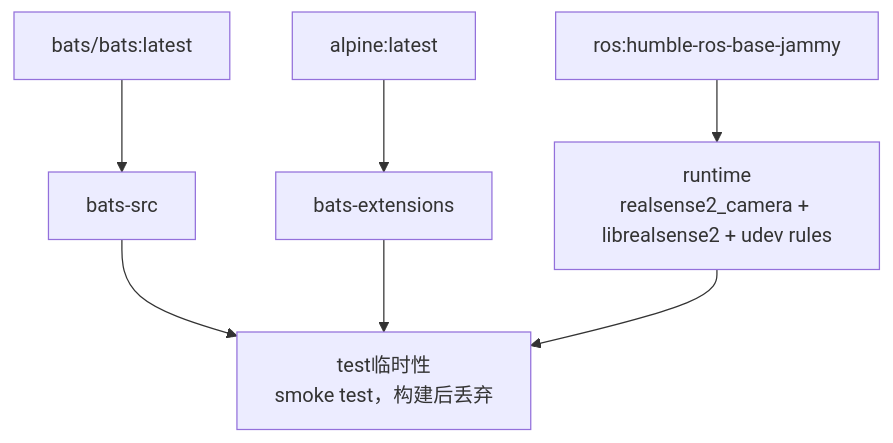
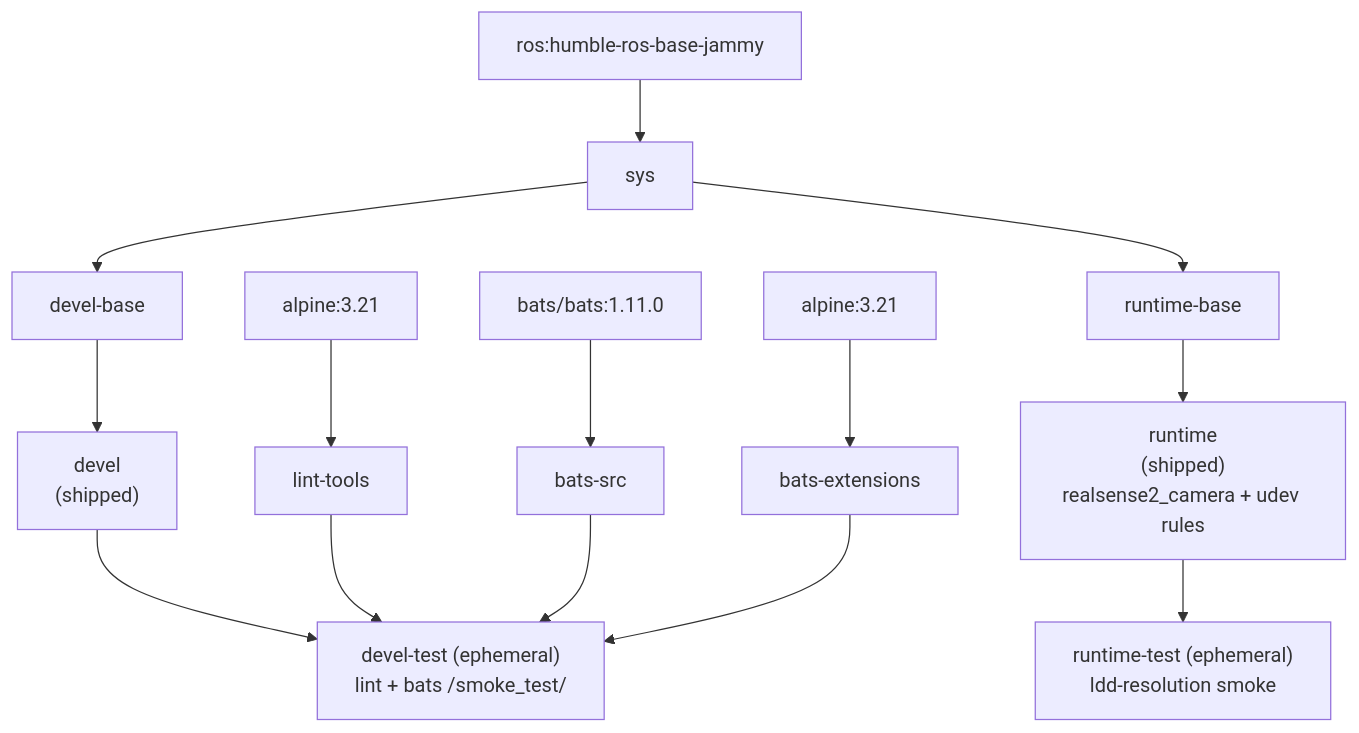
One commit to ycpss91255-docker/realsense_ros2 changed the diagram in doc/README.zh-CN.md. Above: the diagram before and after it, drawn with Mermaid. The commit also changed other lines of this file and 5 other files, not shown here.

````diff
--- a/doc/README.zh-CN.md
+++ b/doc/README.zh-CN.md
@@ -90,16 +107,25 @@
 ```mermaid
 graph TD
-    EXT1["bats/bats:latest"]
-    EXT2["alpine:latest"]
-    EXT3["ros:humble-ros-base-jammy"]
+    EXT1["bats/bats:1.11.0"]
+    EXT2["alpine:3.21"]
+    EXT3["alpine:3.21"]
+    EXT4["ros:humble-ros-base-jammy"]
 
-    EXT1 --> bats-src["bats-src"]
-    EXT2 --> bats-ext["bats-extensions"]
+    EXT1 --> batssrc["bats-src"]
+    EXT2 --> batsext["bats-extensions"]
+    EXT3 --> lint["lint-tools"]
 
-    EXT3 --> runtime["runtime\nrealsense2_camera + librealsense2 + udev rules"]
+    EXT4 --> sys["sys"]
 
-    bats-src --> test["test临时性\nsmoke test，构建后丢弃"]
-    bats-ext --> test
-    runtime --> test
+    sys --> develbase["devel-base"]
+    develbase --> devel["devel\n(shipped)"]
+    devel --> develtest["devel-test (ephemeral)\nlint + bats /smoke_test/"]
 
+    sys --> runtimebase["runtime-base"]
+    runtimebase --> runtime["runtime\n(shipped)\nrealsense2_camera + udev rules"]
+    runtime --> runtimetest["runtime-test (ephemeral)\nldd-resolution smoke"]
+
+    lint --> develtest
+    batssrc --> develtest
+    batsext --> develtest
 ```
````
